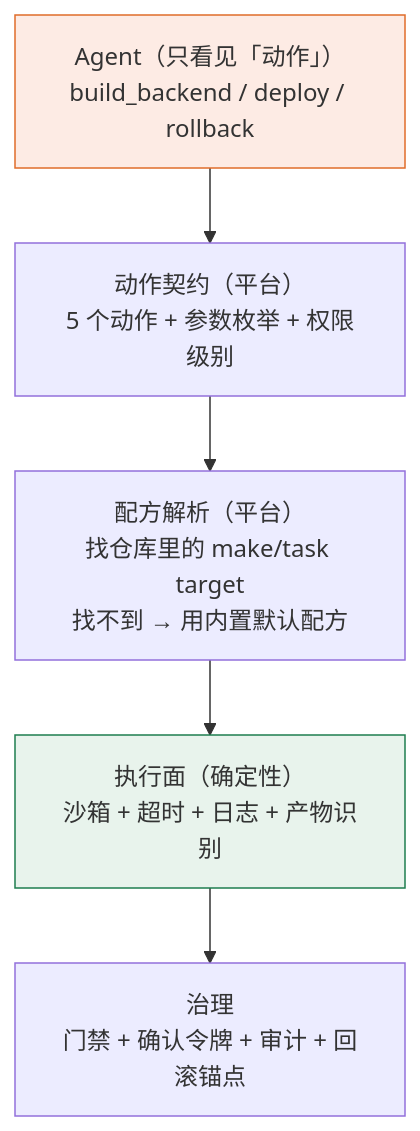
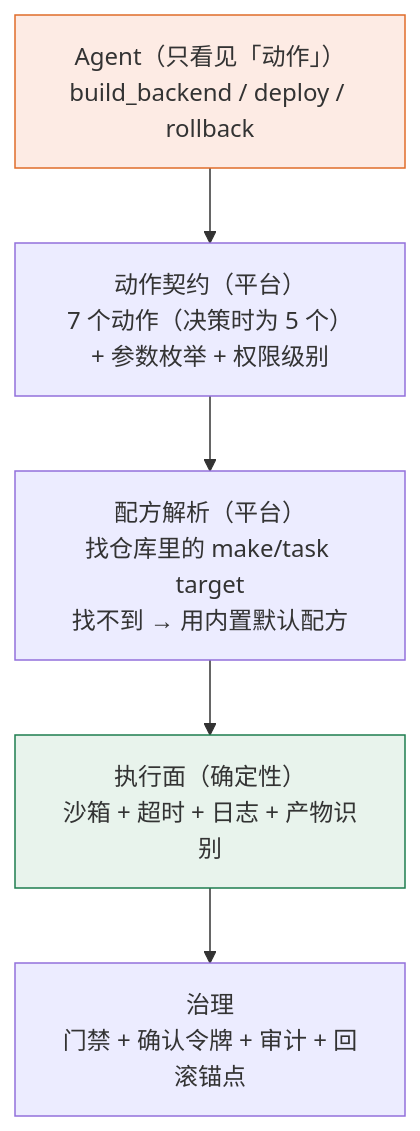
The diagram in docs/CICD方案替代与自创-决策-v1.md (RONGX563647/SuperDeveloperAgent), drawn with Mermaid before and after one commit. The commit also changed other lines of this file and 35 other files, not shown here.

````diff
--- a/docs/CICD方案替代与自创-决策-v1.md
+++ b/docs/CICD方案替代与自创-决策-v1.md
@@ -94,10 +94,10 @@
 ```mermaid
 flowchart TB
-    A["Agent（只看见「动作」）<br/>build_backend / deploy / rollback"] --> B["动作契约（平台）<br/>5 个动作 + 参数枚举 + 权限级别"]
+    A["Agent（只看见「动作」）<br/>build_backend / deploy / rollback"] --> B["动作契约（平台）<br/>7 个动作（决策时为 5 个）+ 参数枚举 + 权限级别"]
     B --> C["配方解析（平台）<br/>找仓库里的 make/task target<br/>找不到 → 用内置默认配方"]
     C --> D["执行面（确定性）<br/>沙箱 + 超时 + 日志 + 产物识别"]
     D --> E["治理<br/>门禁 + 确认令牌 + 审计 + 回滚锚点"]
 
     style A fill:#FDEBE4,stroke:#E06C2A
     style D fill:#E8F3EC,stroke:#1E7D4F
 ```
````
